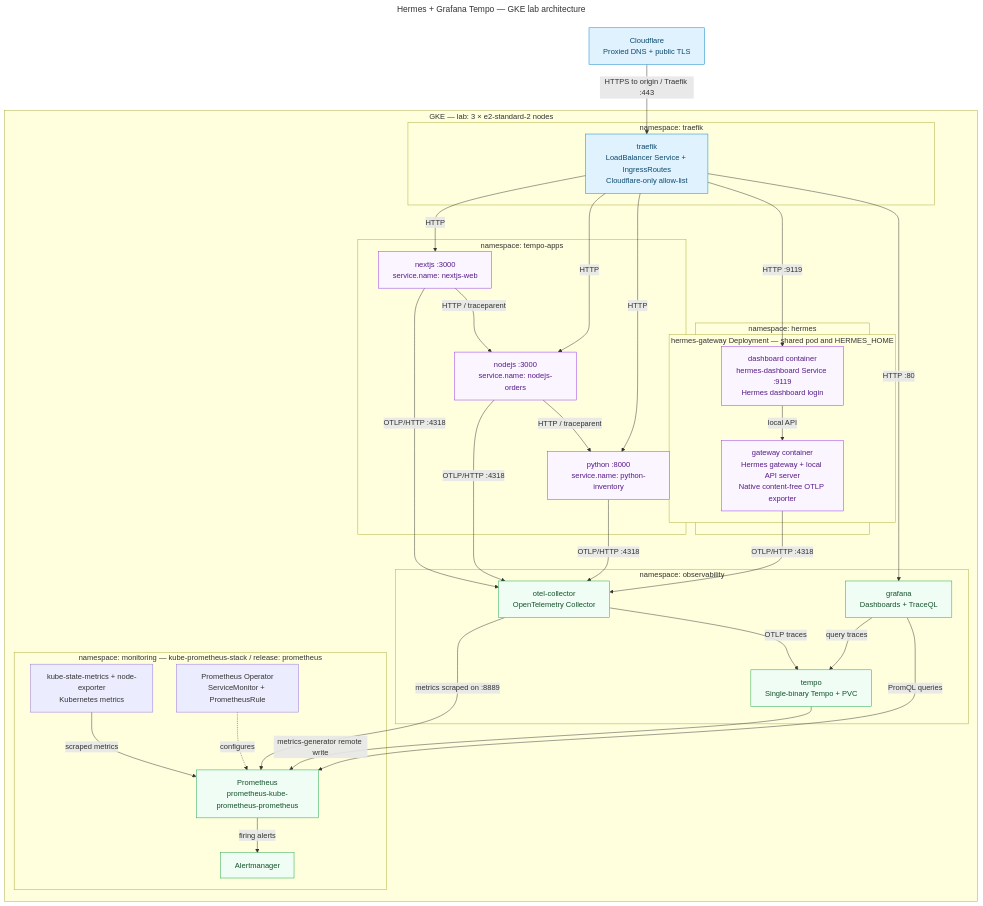
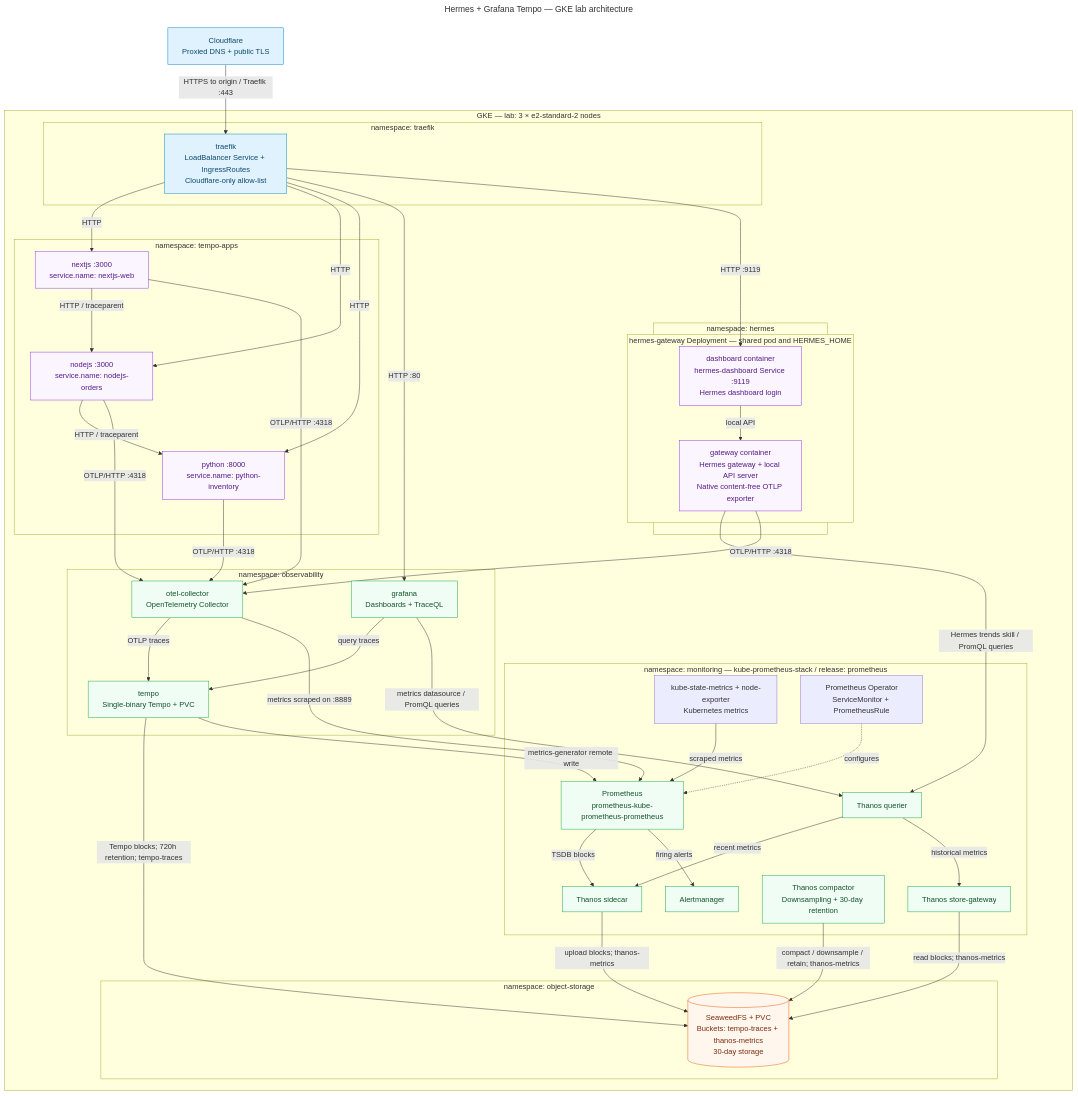
The first of 3 diagrams in hermes-grafana-tempo/README.md (ch-muhammad-asim/OpenDevOps), drawn with Mermaid before and after one commit. The commit also changed other lines of this file and 85 other files, not shown here.

Commit message:
Add 30-day retention with Thanos and object storage to hermes-grafana-tempo, fix the Tempo Operational dashboard and alert rules, scope the Hermes observability skill to the Thanos querier, and document every dashboard and stress test

````diff
--- a/hermes-grafana-tempo/README.md
+++ b/hermes-grafana-tempo/README.md
@@ -48,59 +48,76 @@
 ```mermaid
 ---
 title: Hermes + Grafana Tempo — GKE lab architecture
 ---
 flowchart TB
   %% Sources: README.md, hermes/README.md, helm/*, apps/*, k8s/*, scripts/*.
   %% Namespace boundaries are logical; workloads are scheduled across the node pool.
   cf["Cloudflare<br/>Proxied DNS + public TLS"]
   subgraph gke["GKE — lab: 3 × e2-standard-2 nodes"]
     subgraph edge["namespace: traefik"]
       tr["traefik<br/>LoadBalancer Service + IngressRoutes<br/>Cloudflare-only allow-list"]
     end
     subgraph apps["namespace: tempo-apps"]
       nx["nextjs :3000<br/>service.name: nextjs-web"]
       nd["nodejs :3000<br/>service.name: nodejs-orders"]
       py["python :8000<br/>service.name: python-inventory"]
       nx -->|HTTP / traceparent| nd
       nd -->|HTTP / traceparent| py
     end
     subgraph hermes["namespace: hermes"]
       subgraph pod["hermes-gateway Deployment — shared pod and HERMES_HOME"]
         dash["dashboard container<br/>hermes-dashboard Service :9119<br/>Hermes dashboard login"]
         gw["gateway container<br/>Hermes gateway + local API server<br/>Native content-free OTLP exporter"]
         dash -->|local API| gw
       end
     end
     subgraph obs["namespace: observability"]
       col["otel-collector<br/>OpenTelemetry Collector"]
       tempo["tempo<br/>Single-binary Tempo + PVC"]
       graf["grafana<br/>Dashboards + TraceQL"]
       col -->|OTLP traces| tempo
       graf -->|query traces| tempo
     end
     subgraph mon["namespace: monitoring — kube-prometheus-stack / release: prometheus"]
       prom["Prometheus<br/>prometheus-kube-prometheus-prometheus"]
+      sidecar["Thanos sidecar"]
+      store["Thanos store-gateway"]
+      querier["Thanos querier"]
+      compactor["Thanos compactor<br/>Downsampling + 30-day retention"]
+      prom -->|TSDB blocks| sidecar
+      querier -->|recent metrics| sidecar
+      querier -->|historical metrics| store
       am["Alertmanager"]
       exporters["kube-state-metrics + node-exporter<br/>Kubernetes metrics"]
       operator["Prometheus Operator<br/>ServiceMonitor + PrometheusRule"]
       exporters -->|scraped metrics| prom
       operator -.->|configures| prom
       prom -->|firing alerts| am
     end
+    subgraph storage["namespace: object-storage"]
+      seaweed[("SeaweedFS + PVC<br/>Buckets: tempo-traces + thanos-metrics<br/>30-day storage")]
+    end
+    tempo -->|Tempo blocks; 720h retention; tempo-traces| seaweed
+    sidecar -->|upload blocks; thanos-metrics| seaweed
+    store -->|read blocks; thanos-metrics| seaweed
+    compactor -->|compact / downsample / retain; thanos-metrics| seaweed
+    gw -->|Hermes trends skill / PromQL queries| querier
     tr -->|HTTP| nx & nd & py
     tr -->|HTTP :80| graf
     tr -->|HTTP :9119| dash
     nx & nd & py -->|OTLP/HTTP :4318| col
     gw -->|OTLP/HTTP :4318| col
     col -->|metrics scraped on :8889| prom
     tempo -->|metrics-generator remote write| prom
-    graf -->|PromQL queries| prom
+    graf -->|metrics datasource / PromQL queries| querier
   end
   cf -->|HTTPS to origin / Traefik :443| tr
   classDef edgeStyle fill:#e0f2fe,stroke:#0284c7,color:#0c4a6e
   classDef telemetry fill:#f0fdf4,stroke:#16a34a,color:#14532d
+  classDef storageStyle fill:#fff7ed,stroke:#ea580c,color:#7c2d12
   classDef workload fill:#faf5ff,stroke:#9333ea,color:#581c87
   class cf,tr edgeStyle
-  class col,tempo,graf,prom,am telemetry
+  class col,tempo,graf,prom,am,sidecar,store,querier,compactor telemetry
+  class seaweed storageStyle
   class nx,nd,py,dash,gw workload
 ```
````
